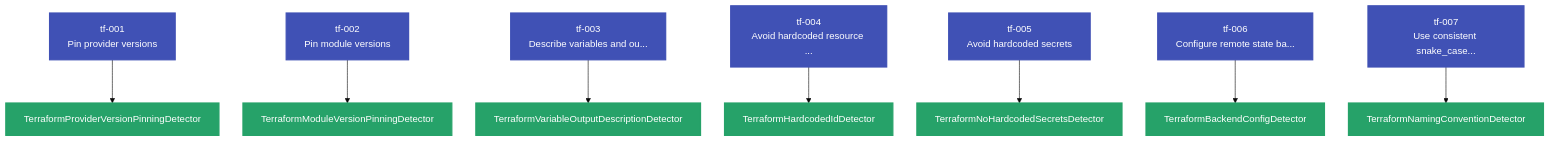
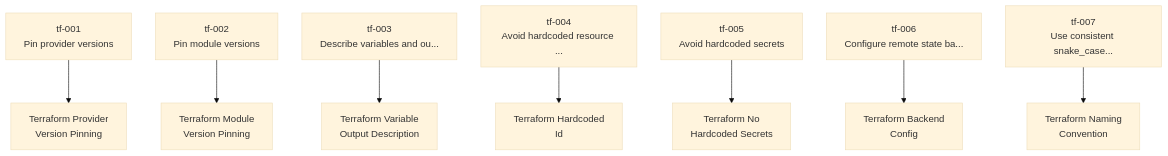
One commit to Anselmoo/mcp-zen-of-languages changed the first of 4 diagrams in docs/user-guide/languages/terraform.md. Above: the diagram before and after it, drawn with Mermaid. The commit also changed other lines of this file and 18 other files, not shown here.

````diff
--- a/docs/user-guide/languages/terraform.md
+++ b/docs/user-guide/languages/terraform.md
@@ -131,41 +131,25 @@
     ```mermaid
-%%{init: {"theme": "base", "flowchart": {"useMaxWidth": false, "htmlLabels": true, "nodeSpacing": 40, "rankSpacing": 60}}}%%
+    %%{init: {"theme": "base", "flowchart": {"useMaxWidth": false, "htmlLabels": true, "nodeSpacing": 40, "rankSpacing": 60}}}%%
     graph TD
     tf_001["tf-001<br/>Pin provider versions"]
     tf_002["tf-002<br/>Pin module versions"]
     tf_003["tf-003<br/>Describe variables and ou..."]
     tf_004["tf-004<br/>Avoid hardcoded resource ..."]
     tf_005["tf-005<br/>Avoid hardcoded secrets"]
     tf_006["tf-006<br/>Configure remote state ba..."]
     tf_007["tf-007<br/>Use consistent snake_case..."]
-    det_TerraformBackendConfigDetector["TerraformBackendConfigDetector"]
+    det_TerraformBackendConfigDetector["Terraform Backend<br/>Config"]
     tf_006 --> det_TerraformBackendConfigDetector
-    det_TerraformHardcodedIdDetector["TerraformHardcodedIdDetector"]
+    det_TerraformHardcodedIdDetector["Terraform Hardcoded<br/>Id"]
     tf_004 --> det_TerraformHardcodedIdDetector
-    det_TerraformModuleVersionPinningDetector["TerraformModuleVersionPinningDetector"]
+    det_TerraformModuleVersionPinningDetector["Terraform Module<br/>Version Pinning"]
     tf_002 --> det_TerraformModuleVersionPinningDetector
-    det_TerraformNamingConventionDetector["TerraformNamingConventionDetector"]
+    det_TerraformNamingConventionDetector["Terraform Naming<br/>Convention"]
     tf_007 --> det_TerraformNamingConventionDetector
-    det_TerraformNoHardcodedSecretsDetector["TerraformNoHardcodedSecretsDetector"]
+    det_TerraformNoHardcodedSecretsDetector["Terraform No<br/>Hardcoded Secrets"]
     tf_005 --> det_TerraformNoHardcodedSecretsDetector
-    det_TerraformProviderVersionPinningDetector["TerraformProviderVersionPinningDetector"]
+    det_TerraformProviderVersionPinningDetector["Terraform Provider<br/>Version Pinning"]
     tf_001 --> det_TerraformProviderVersionPinningDetector
-    det_TerraformVariableOutputDescriptionDetector["TerraformVariableOutputDescriptionDetector"]
+    det_TerraformVariableOutputDescriptionDetector["Terraform Variable<br/>Output Description"]
     tf_003 --> det_TerraformVariableOutputDescriptionDetector
-    classDef principle fill:#4051b5,color:#ffffff,stroke:#4051b5,stroke-width:2px
-    classDef detector fill:#26a269,color:#ffffff,stroke:#26a269,stroke-width:2px
-    class tf_001 principle
-    class tf_002 principle
-    class tf_003 principle
-    class tf_004 principle
-    class tf_005 principle
-    class tf_006 principle
-    class tf_007 principle
-    class det_TerraformBackendConfigDetector detector
-    class det_TerraformHardcodedIdDetector detector
-    class det_TerraformModuleVersionPinningDetector detector
-    class det_TerraformNamingConventionDetector detector
-    class det_TerraformNoHardcodedSecretsDetector detector
-    class det_TerraformProviderVersionPinningDetector detector
-    class det_TerraformVariableOutputDescriptionDetector detector
     ```
````
